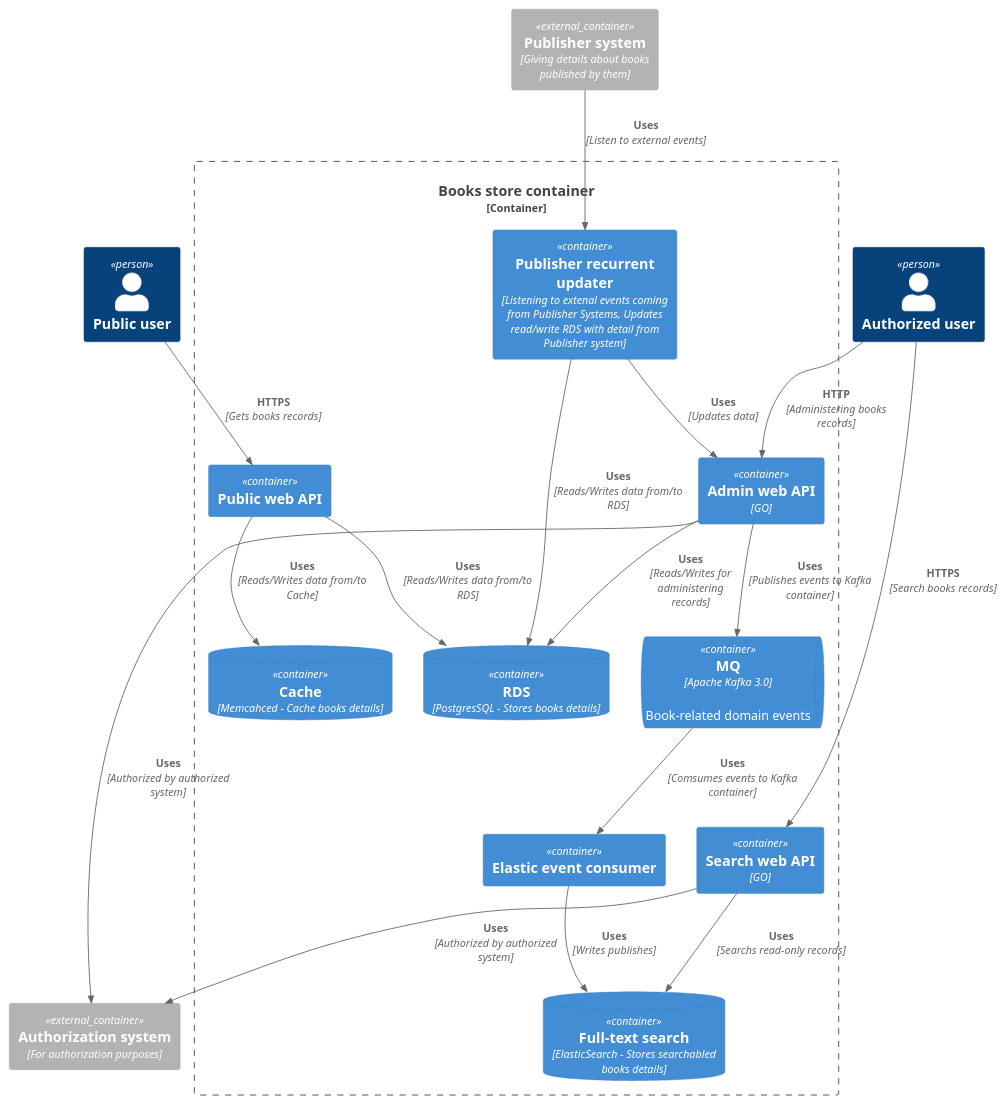
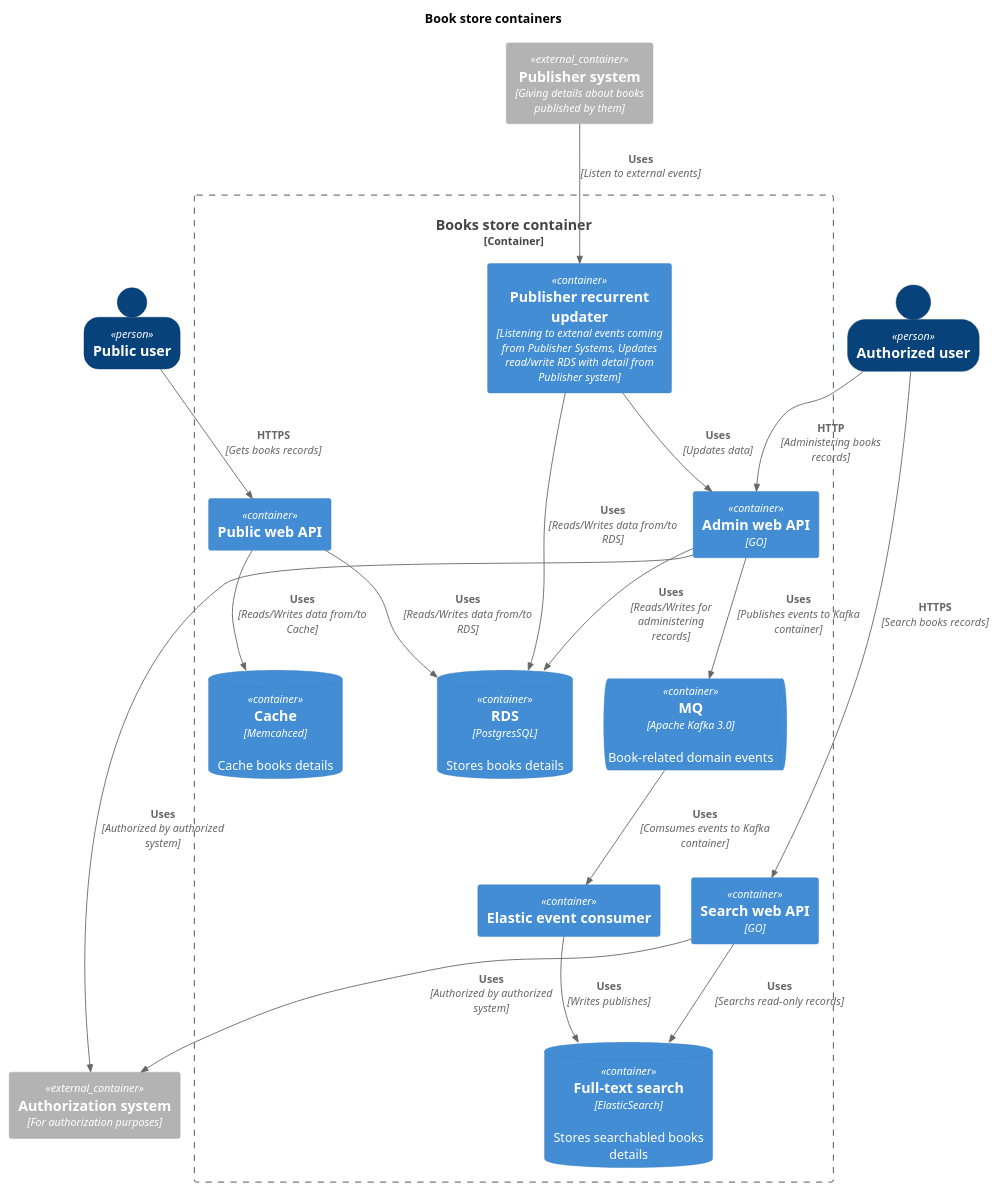
One commit to sonck201/nt-training changed the diagram in c4-models/src/diagrams/L2_Container.puml. Above: the diagram before and after it, drawn with PlantUML. The commit also changed 1 other file, not shown here.

Commit message:
Maintainance current diagrams

```diff
--- a/c4-models/src/diagrams/L2_Container.puml
+++ b/c4-models/src/diagrams/L2_Container.puml
@@ -1,48 +1,52 @@
-@startuml C4_L1_BooksStore
+@startuml C4_L2_BooksStore
 !include https://raw.githubusercontent.com/plantuml-stdlib/C4-PlantUML/master/C4_Container.puml
+
+SHOW_PERSON_OUTLINE()
+
+title Book store containers
 
 Person(annonymous, "Public user")
 Person(user, "Authorized user")
 
 Container_Boundary(booksStore, "Books store container") {
   Container(searchWebApi, "Search web API", "GO")
   Container(adminWebApi, "Admin web API", "GO")
   Container(publicWebApi, "Public web API")
 
   ContainerQueue(kafka, "MQ", "Apache Kafka 3.0", "Book-related domain events")
 
   Container(elasticEventConsumer, "Elastic event consumer")
 
-  ContainerDb(elasticSearch, "Full-text search", "ElasticSearch - Stores searchabled books details")
+  ContainerDb(elasticSearch, "Full-text search", "ElasticSearch", "Stores searchabled books details")
 
-  ContainerDb(postgres, "RDS", "PostgresSQL - Stores books details")
+  ContainerDb(postgres, "RDS", "PostgresSQL", "Stores books details")
 
-  ContainerDb(memcached, "Cache", "Memcahced - Cache books details")
+  ContainerDb(memcached, "Cache", "Memcahced", "Cache books details")
 
   Container(publisherRecurrentUpdater, "Publisher recurrent updater", "Listening to extenal events coming from Publisher Systems, Updates read/write RDS with detail from Publisher system")
 }
 
 Container_Ext(authorization, "Authorization system", "For authorization purposes")
 Container_Ext(publisher, "Publisher system", "Giving details about books published by them")
 
 Rel(user, searchWebApi, "HTTPS", "Search books records")
 Rel(searchWebApi, authorization, "Uses", "Authorized by authorized system")
 Rel(searchWebApi, elasticSearch, "Uses", "Searchs read-only records")
 
 Rel(user, adminWebApi, "HTTP", "Administering books records")
 Rel(adminWebApi, authorization, "Uses", "Authorized by authorized system")
 Rel(adminWebApi, postgres, "Uses", "Reads/Writes for administering records")
 Rel(adminWebApi, kafka, "Uses", "Publishes events to Kafka container")
 
 Rel(kafka, elasticEventConsumer, "Uses", "Comsumes events to Kafka container")
 Rel(elasticEventConsumer, elasticSearch, "Uses", "Writes publishes")
 
 Rel(annonymous, publicWebApi, "HTTPS", "Gets books records")
 Rel(publicWebApi, postgres, "Uses", "Reads/Writes data from/to RDS")
 Rel(publicWebApi, memcached, "Uses", "Reads/Writes data from/to Cache")
 
 Rel(publisher, publisherRecurrentUpdater, "Uses", "Listen to external events")
 Rel(publisherRecurrentUpdater, postgres, "Uses", "Reads/Writes data from/to RDS")
 Rel(publisherRecurrentUpdater, adminWebApi, "Uses", "Updates data")
 
 @enduml
```
